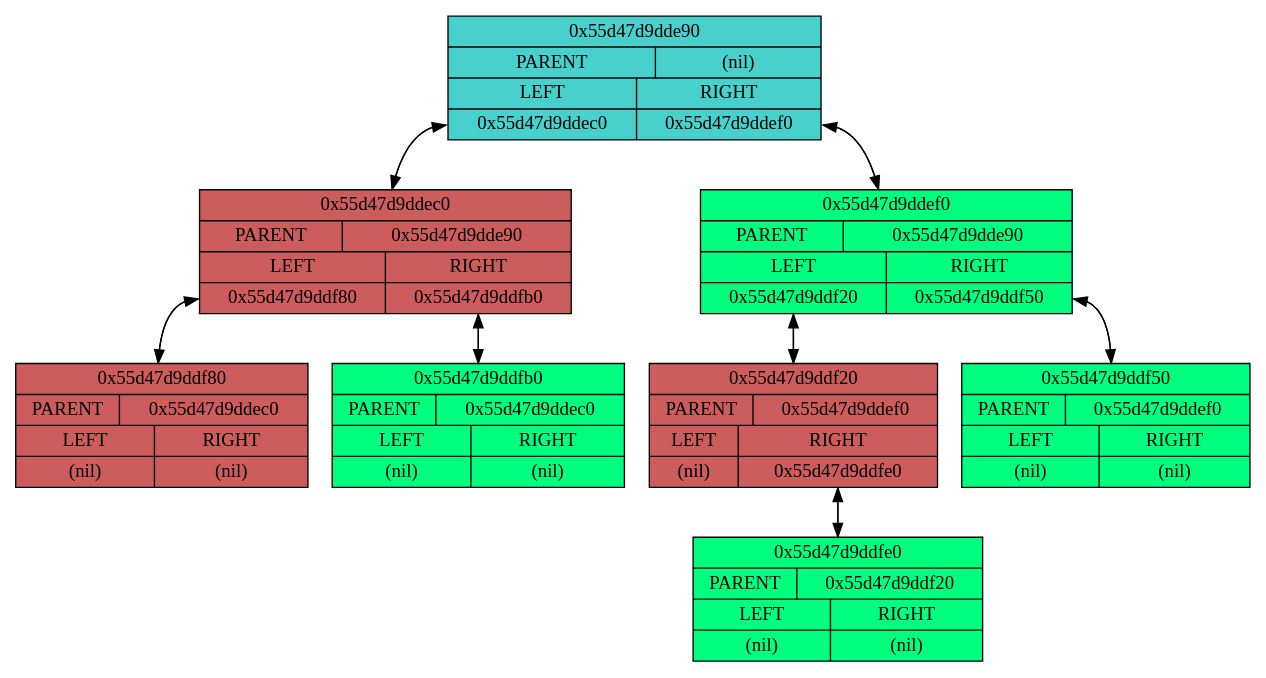
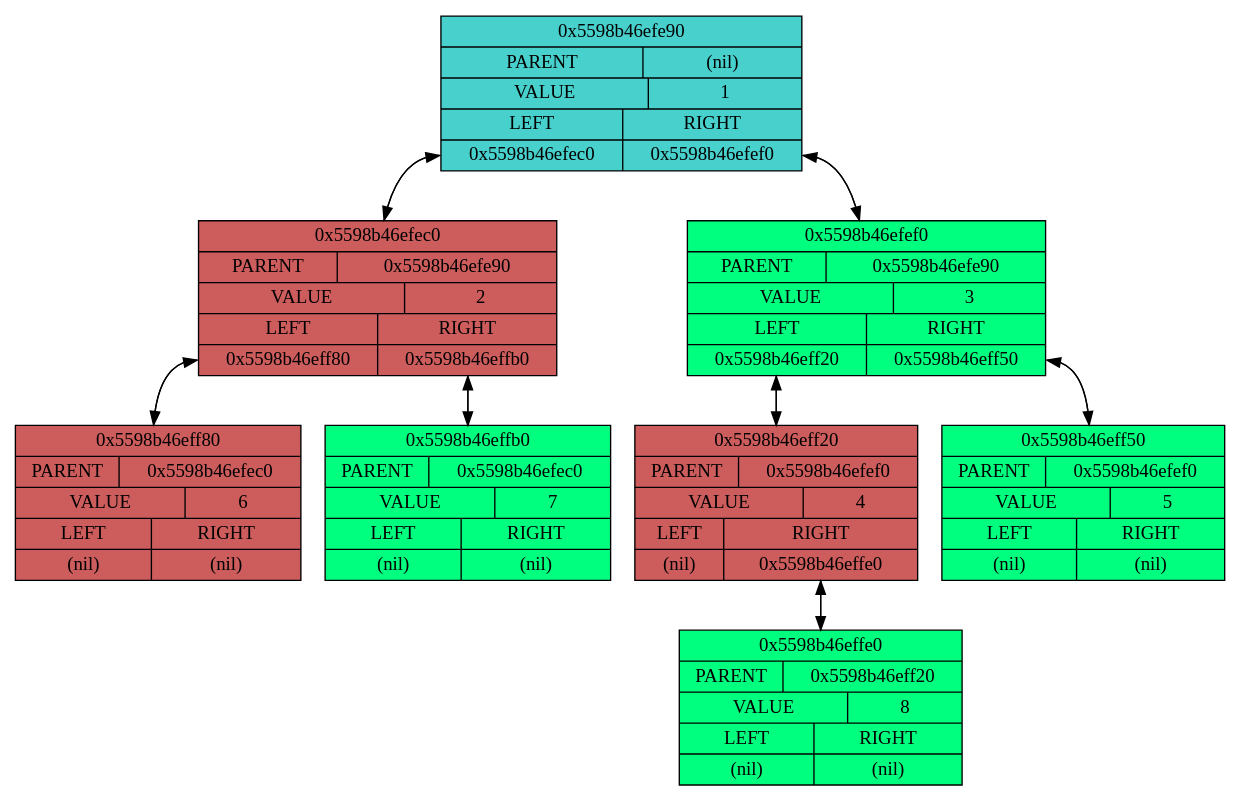
One commit to AlgebraicWolf/Tree changed the diagram in cmake-build-debug/testDump.dot. Above: the diagram before and after it, drawn with Graphviz. The commit also changed 6 other files, not shown here.

```diff
--- a/cmake-build-debug/testDump.dot
+++ b/cmake-build-debug/testDump.dot
@@ -1,25 +1,25 @@
 digraph {
 concentrate=true
-node0x55d47d9dde90[shape=record, label="{0x55d47d9dde90 | {PARENT|(nil)} | {{LEFT |<left> 0x55d47d9ddec0} | {RIGHT |<right> 0x55d47d9ddef0}}}", style=filled, fillcolor=mediumturquoise];
-node0x55d47d9ddec0[shape=record, label="{0x55d47d9ddec0 | {PARENT|0x55d47d9dde90} | {{LEFT |<left> 0x55d47d9ddf80} | {RIGHT |<right> 0x55d47d9ddfb0}}}", style=filled, fillcolor=indianred];
-node0x55d47d9ddec0 -> node0x55d47d9dde90:left;
-node0x55d47d9dde90:left -> node0x55d47d9ddec0;
-node0x55d47d9ddf80[shape=record, label="{0x55d47d9ddf80 | {PARENT|0x55d47d9ddec0} | {{LEFT |<left> (nil)} | {RIGHT |<right> (nil)}}}", style=filled, fillcolor=indianred];
-node0x55d47d9ddf80 -> node0x55d47d9ddec0:left;
-node0x55d47d9ddec0:left -> node0x55d47d9ddf80;
-node0x55d47d9ddfb0[shape=record, label="{0x55d47d9ddfb0 | {PARENT|0x55d47d9ddec0} | {{LEFT |<left> (nil)} | {RIGHT |<right> (nil)}}}", style=filled, fillcolor=springgreen];
-node0x55d47d9ddfb0 -> node0x55d47d9ddec0:right;
-node0x55d47d9ddec0:right -> node0x55d47d9ddfb0;
-node0x55d47d9ddef0[shape=record, label="{0x55d47d9ddef0 | {PARENT|0x55d47d9dde90} | {{LEFT |<left> 0x55d47d9ddf20} | {RIGHT |<right> 0x55d47d9ddf50}}}", style=filled, fillcolor=springgreen];
-node0x55d47d9ddef0 -> node0x55d47d9dde90:right;
-node0x55d47d9dde90:right -> node0x55d47d9ddef0;
-node0x55d47d9ddf20[shape=record, label="{0x55d47d9ddf20 | {PARENT|0x55d47d9ddef0} | {{LEFT |<left> (nil)} | {RIGHT |<right> 0x55d47d9ddfe0}}}", style=filled, fillcolor=indianred];
-node0x55d47d9ddf20 -> node0x55d47d9ddef0:left;
-node0x55d47d9ddef0:left -> node0x55d47d9ddf20;
-node0x55d47d9ddfe0[shape=record, label="{0x55d47d9ddfe0 | {PARENT|0x55d47d9ddf20} | {{LEFT |<left> (nil)} | {RIGHT |<right> (nil)}}}", style=filled, fillcolor=springgreen];
-node0x55d47d9ddfe0 -> node0x55d47d9ddf20:right;
-node0x55d47d9ddf20:right -> node0x55d47d9ddfe0;
-node0x55d47d9ddf50[shape=record, label="{0x55d47d9ddf50 | {PARENT|0x55d47d9ddef0} | {{LEFT |<left> (nil)} | {RIGHT |<right> (nil)}}}", style=filled, fillcolor=springgreen];
-node0x55d47d9ddf50 -> node0x55d47d9ddef0:right;
-node0x55d47d9ddef0:right -> node0x55d47d9ddf50;
+node0x5598b46efe90[shape=record, label="{0x5598b46efe90 | {PARENT|(nil)}| {VALUE | 1} | {{LEFT |<left> 0x5598b46efec0} | {RIGHT |<right> 0x5598b46efef0}}}", style=filled, fillcolor=mediumturquoise];
+node0x5598b46efec0[shape=record, label="{0x5598b46efec0 | {PARENT|0x5598b46efe90}| {VALUE | 2} | {{LEFT |<left> 0x5598b46eff80} | {RIGHT |<right> 0x5598b46effb0}}}", style=filled, fillcolor=indianred];
+node0x5598b46efec0 -> node0x5598b46efe90:left;
+node0x5598b46efe90:left -> node0x5598b46efec0;
+node0x5598b46eff80[shape=record, label="{0x5598b46eff80 | {PARENT|0x5598b46efec0}| {VALUE | 6} | {{LEFT |<left> (nil)} | {RIGHT |<right> (nil)}}}", style=filled, fillcolor=indianred];
+node0x5598b46eff80 -> node0x5598b46efec0:left;
+node0x5598b46efec0:left -> node0x5598b46eff80;
+node0x5598b46effb0[shape=record, label="{0x5598b46effb0 | {PARENT|0x5598b46efec0}| {VALUE | 7} | {{LEFT |<left> (nil)} | {RIGHT |<right> (nil)}}}", style=filled, fillcolor=springgreen];
+node0x5598b46effb0 -> node0x5598b46efec0:right;
+node0x5598b46efec0:right -> node0x5598b46effb0;
+node0x5598b46efef0[shape=record, label="{0x5598b46efef0 | {PARENT|0x5598b46efe90}| {VALUE | 3} | {{LEFT |<left> 0x5598b46eff20} | {RIGHT |<right> 0x5598b46eff50}}}", style=filled, fillcolor=springgreen];
+node0x5598b46efef0 -> node0x5598b46efe90:right;
+node0x5598b46efe90:right -> node0x5598b46efef0;
+node0x5598b46eff20[shape=record, label="{0x5598b46eff20 | {PARENT|0x5598b46efef0}| {VALUE | 4} | {{LEFT |<left> (nil)} | {RIGHT |<right> 0x5598b46effe0}}}", style=filled, fillcolor=indianred];
+node0x5598b46eff20 -> node0x5598b46efef0:left;
+node0x5598b46efef0:left -> node0x5598b46eff20;
+node0x5598b46effe0[shape=record, label="{0x5598b46effe0 | {PARENT|0x5598b46eff20}| {VALUE | 8} | {{LEFT |<left> (nil)} | {RIGHT |<right> (nil)}}}", style=filled, fillcolor=springgreen];
+node0x5598b46effe0 -> node0x5598b46eff20:right;
+node0x5598b46eff20:right -> node0x5598b46effe0;
+node0x5598b46eff50[shape=record, label="{0x5598b46eff50 | {PARENT|0x5598b46efef0}| {VALUE | 5} | {{LEFT |<left> (nil)} | {RIGHT |<right> (nil)}}}", style=filled, fillcolor=springgreen];
+node0x5598b46eff50 -> node0x5598b46efef0:right;
+node0x5598b46efef0:right -> node0x5598b46eff50;
 }
```
